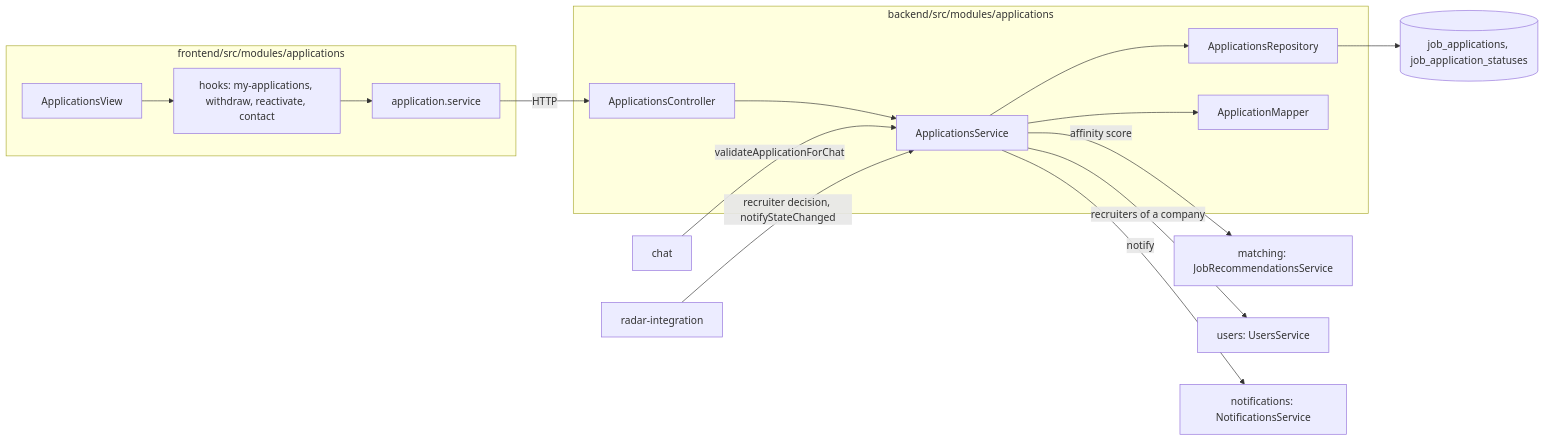
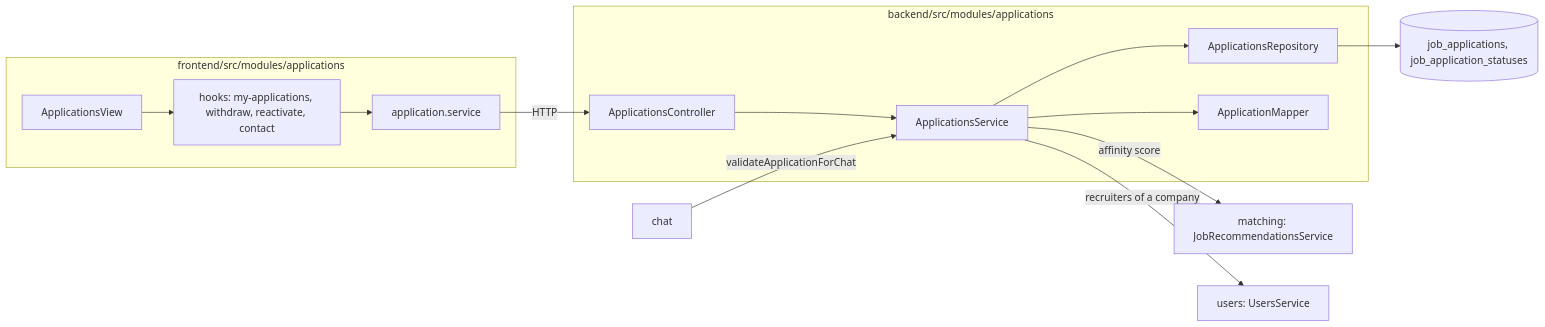
One commit to UMSSY/umssy-app changed the first of 4 diagrams in docs/applications/README.md. Above: the diagram before and after it, drawn with Mermaid. The commit also changed other lines of this file and 5 other files, not shown here.

````diff
--- a/docs/applications/README.md
+++ b/docs/applications/README.md
@@ -25,19 +24,17 @@
 ```mermaid
 flowchart LR
   subgraph Frontend["frontend/src/modules/applications"]
     V[ApplicationsView] --> H[hooks: my-applications, withdraw, reactivate, contact]
     H --> S[application.service]
   end
   S -->|HTTP| C[ApplicationsController]
   subgraph Backend["backend/src/modules/applications"]
     C --> SV[ApplicationsService]
     SV --> R[ApplicationsRepository]
     SV --> M[ApplicationMapper]
   end
   R --> DB[(job_applications, job_application_statuses)]
   SV -->|affinity score| MT[matching: JobRecommendationsService]
   SV -->|recruiters of a company| US[users: UsersService]
-  SV -->|notify| NT[notifications: NotificationsService]
   CH[chat] -->|validateApplicationForChat| SV
-  RD[radar-integration] -->|recruiter decision, notifyStateChanged| SV
 ```
````
